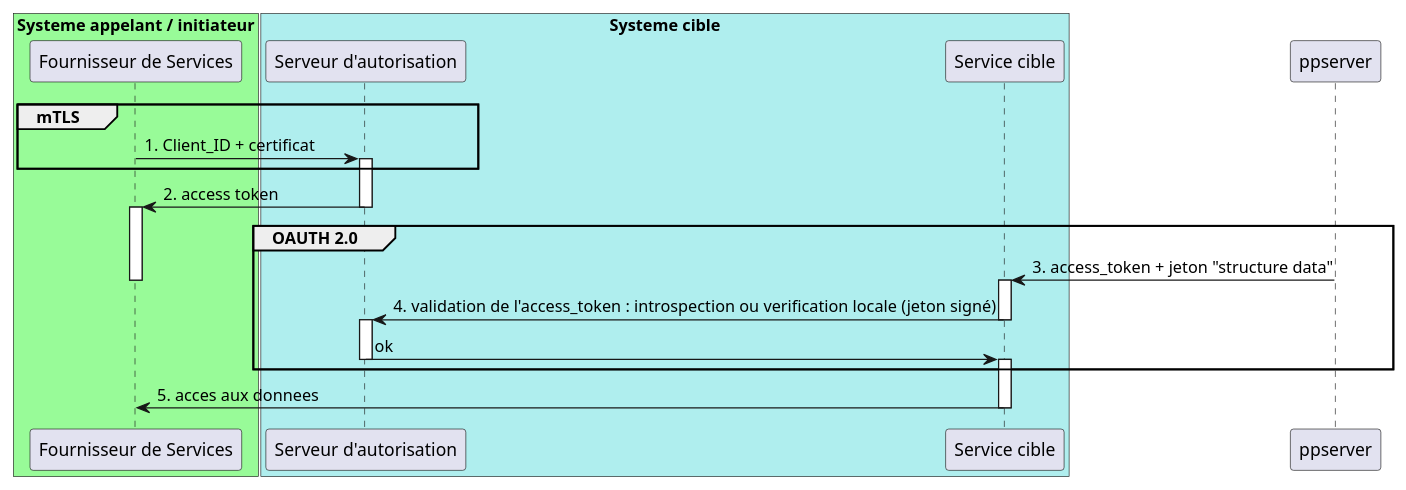
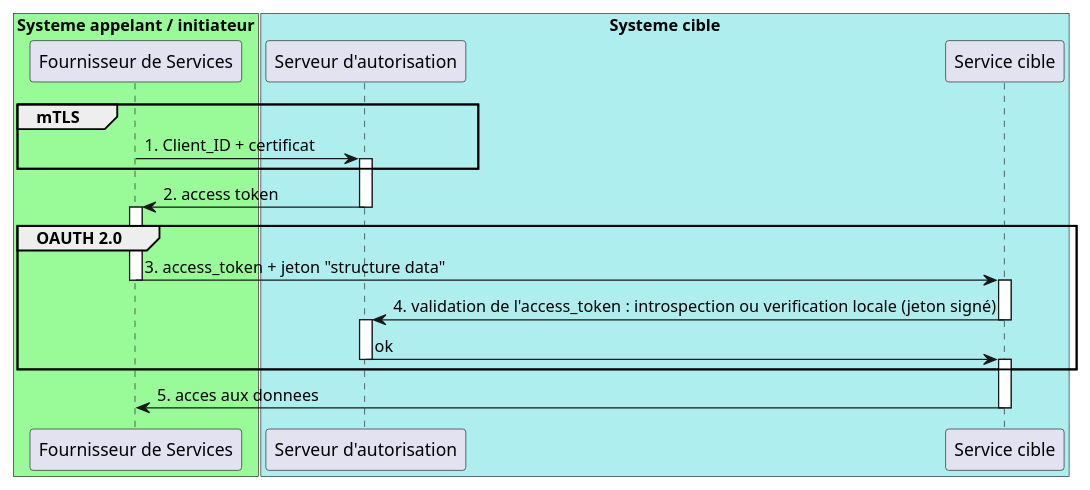
The diagram in input/images-source/diag_mtls_oauth2_structure.plantuml (ansforge/IG-securisation-transport-api-rest), drawn with PlantUML before and after one commit. The commit also changed 5 other files, not shown here.

```diff
--- a/input/images-source/diag_mtls_oauth2_structure.plantuml
+++ b/input/images-source/diag_mtls_oauth2_structure.plantuml
@@ -1,35 +1,35 @@
 @startuml
 
 box "Systeme appelant / initiateur" #palegreen
 participant "Fournisseur de Services" as appserver
 end box
 
 box "Systeme cible" #paleturquoise
 participant "Serveur d'autorisation" as AS
 participant "Service cible" as API
 end box
 
 group mTLS
 appserver->AS: 1. Client_ID + certificat 
 activate AS
 end 
 
 AS->appserver:2. access token
 deactivate AS
 activate appserver
 
 group OAUTH 2.0 
-ppserver->API: 3. access_token + jeton "structure data"
+appserver->API: 3. access_token + jeton "structure data"
 deactivate appserver
 activate API
 API->AS:  4. validation de l'access_token : introspection ou verification locale (jeton signé)
 deactivate API
 activate AS
 AS->API: ok
 deactivate AS
 activate API
 end
 API->appserver: 5. acces aux donnees 
 deactivate API
 
 @enduml
```
